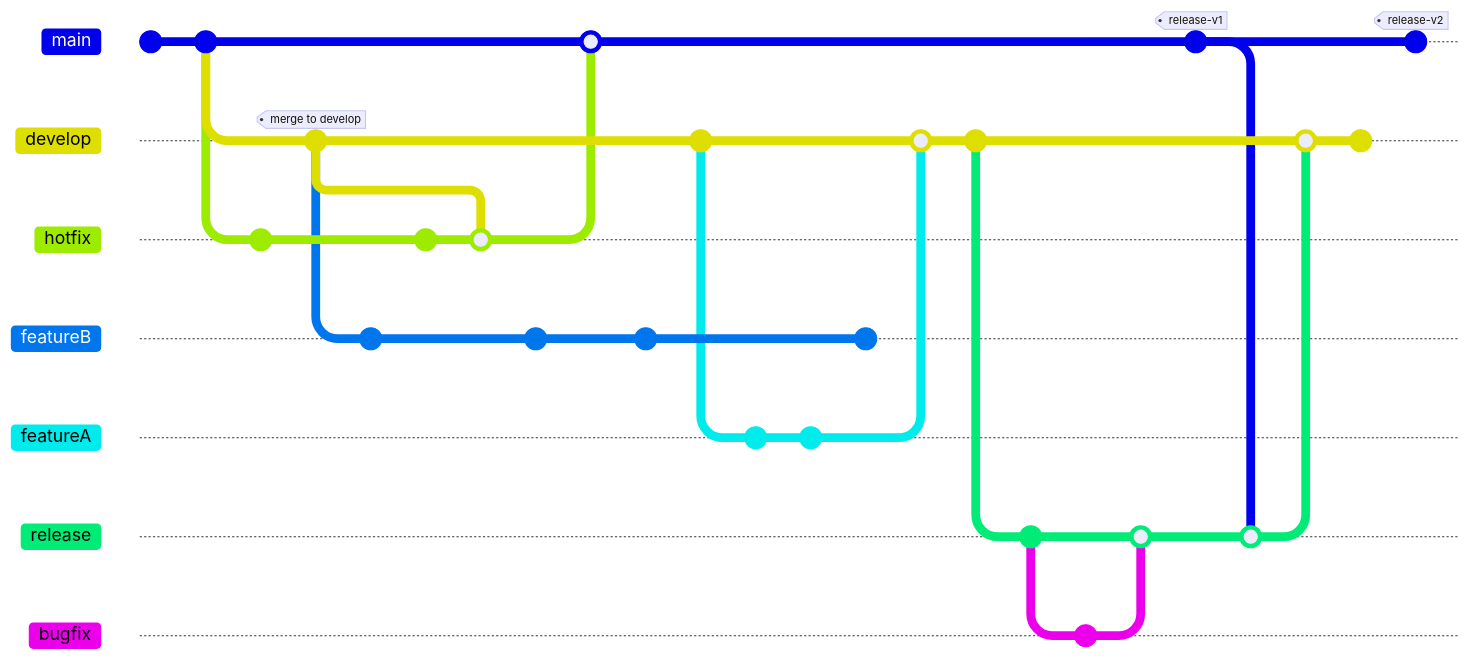
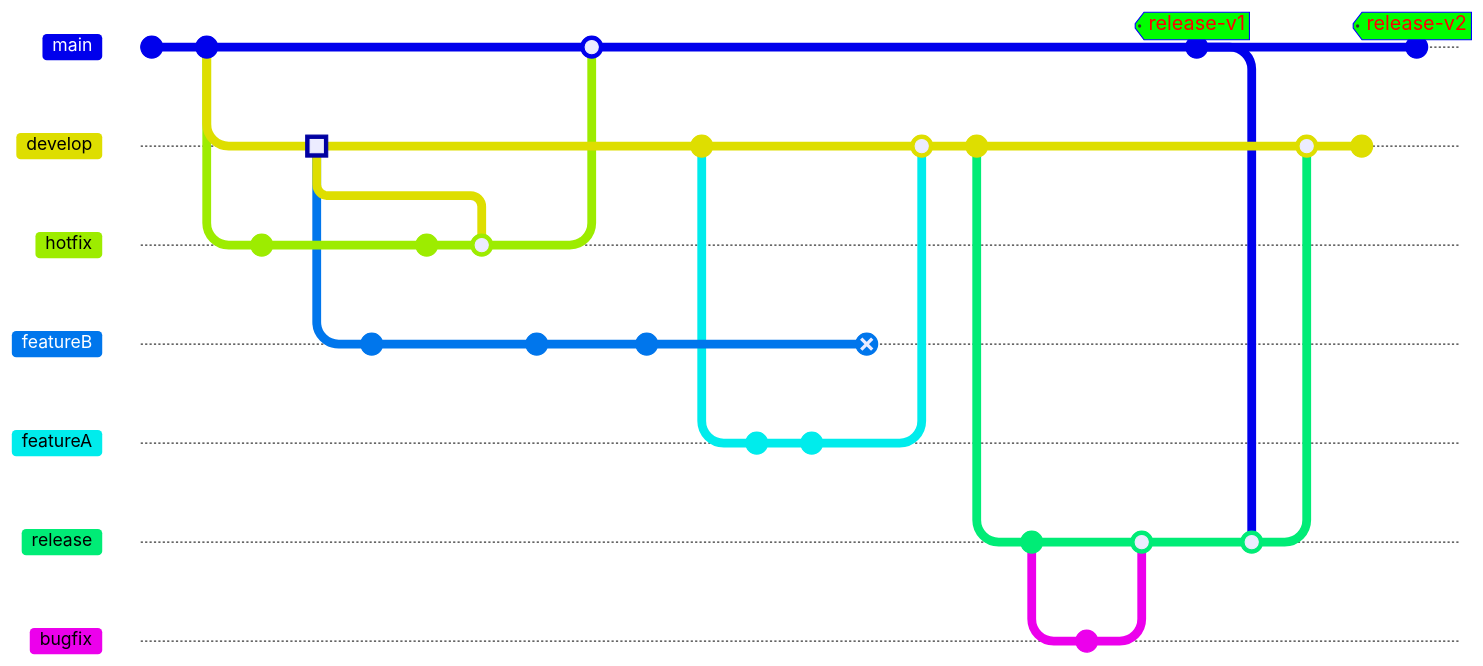
One commit to mevijays/training-k8s changed the diagram in branch.md. Above: the diagram before and after it, drawn with Mermaid. Commit ids are hidden.

````diff
--- a/branch.md
+++ b/branch.md
@@ -2,55 +2,66 @@
  ```mermaid
+ %%{init: { 'logLevel': 'debug', 'theme': 'default' , 'themeVariables': {
+              'tagLabelColor': '#ff0000',
+              'tagLabelBackground': '#00ff00',
+              'tagLabelBorder': '#0000ff',
+              'tagLabelFontSize': '18px'
+       } } }%%
+ %%{init: { 'logLevel': 'debug', 'theme': 'default' , 'themeVariables': {
+              'commitLabelColor': '#000000',
+              'commitLabelBackground': '#00ff00',
+              'commitLabelFontSize': '14px'
+       } } }%%
        gitGraph
         commit id: "Start"
         commit id: "Branch from main"
         branch develop
         branch hotfix
         checkout hotfix
         commit id:"fix-A"
         checkout develop
-        commit id:"merge to develop" tag:"merge to develop"
+        commit id:"merge to develop" type: HIGHLIGHT
         branch featureB
         checkout featureB
         commit id:"JIRA-A"
         checkout main
         checkout hotfix
         commit type:NORMAL id:"fix-B"
         checkout hotfix
         merge develop
         checkout develop
         checkout featureB
         commit id:"JIRA-B"
         checkout main
         merge hotfix
         checkout featureB
         commit id:"JIRA-C"
         checkout develop
         commit id:"feature checkout"
         branch featureA
         commit id:"JIRA-CRC"
         checkout featureA
         commit id:"JIRA-RCL"
         checkout featureB
-        commit id:"JIRA-D"
+        commit id:"JIRA-D" type: REVERSE
         checkout develop
         merge featureA
         checkout develop
         commit id:"create release"
         branch release
         checkout release
         commit id:"bugfix checkout"
         branch bugfix
         checkout bugfix
         commit id:"BUGFIX-A"
         checkout release
         merge bugfix
         checkout main
         commit id:"release-v1" tag:"release-v1"
         checkout release
         merge main
         checkout develop
         merge release
         commit
         checkout main
         commit id:"releasev2" tag:"release-v2"
  ```
````
